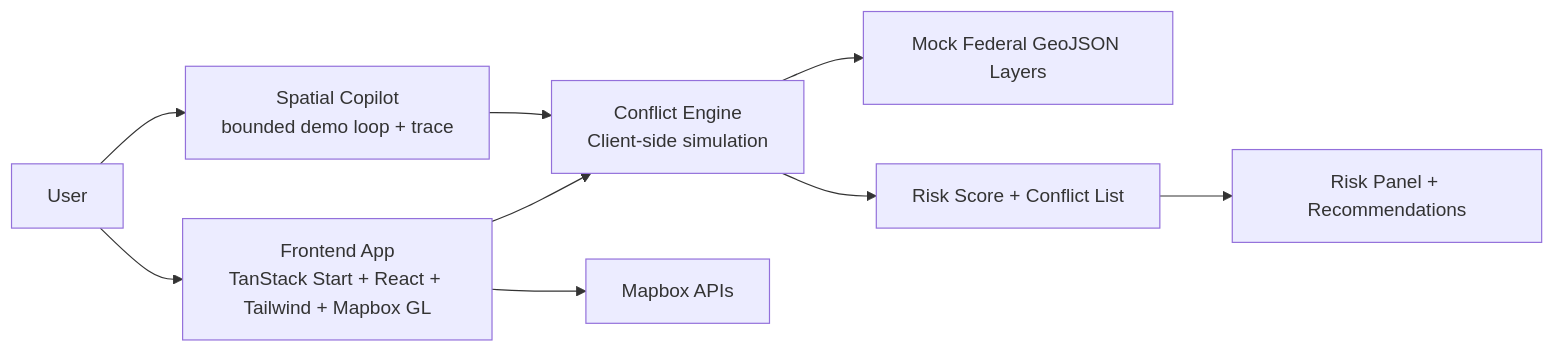
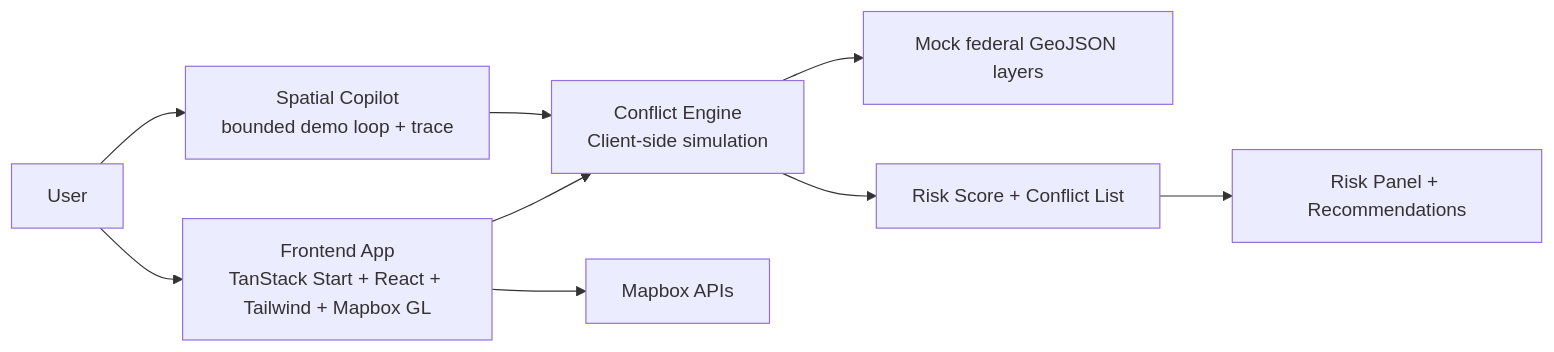
The first of 2 diagrams in README.md (arora13/ReGrid), drawn with Mermaid before and after one commit.

Commit message:
mermaid labels: title case was fighting the diagram
Made-with: Cursor

````diff
--- a/README.md
+++ b/README.md
@@ -21,11 +21,11 @@
 ```mermaid
 flowchart LR
     U[User] --> FE[Frontend App\nTanStack Start + React + Tailwind + Mapbox GL]
     U --> CP[Spatial Copilot\nbounded demo loop + trace]
     FE --> CE[Conflict Engine\nClient-side simulation]
     FE --> MAP[Mapbox APIs]
     CP --> CE
-    CE --> LAYERS[Mock Federal GeoJSON Layers]
+    CE --> LAYERS[Mock federal GeoJSON layers]
     CE --> SCORE[Risk Score + Conflict List]
     SCORE --> UI[Risk Panel + Recommendations]
 ```
````
